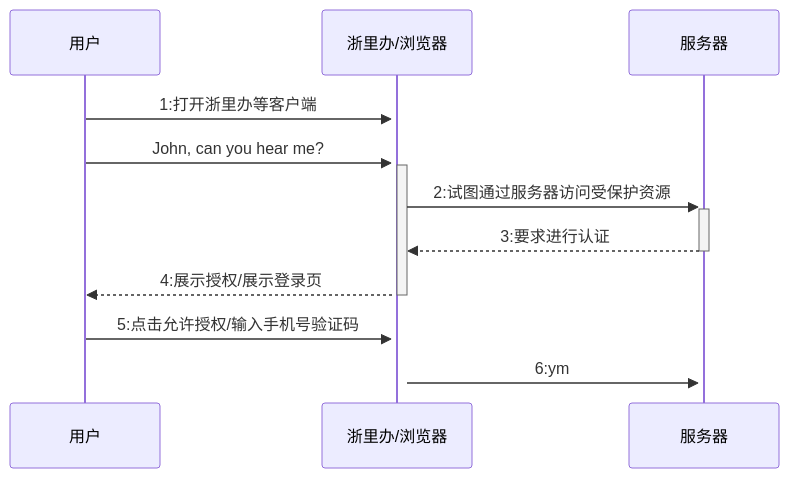
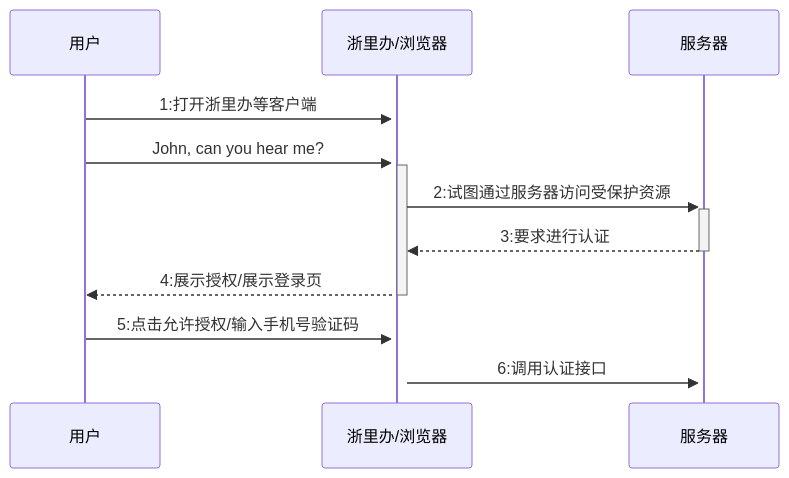
The diagram in all/居民端时序图.md (fifuntop/iodraw-files), drawn with Mermaid before and after one commit.

Commit message:
2024-03-14 15:08:13 update

````diff
--- a/all/居民端时序图.md
+++ b/all/居民端时序图.md
@@ -1,11 +1,11 @@
 ```mermaid
 sequenceDiagram
     用户->>+浙里办/浏览器: 1:打开浙里办等客户端
     用户->>+浙里办/浏览器: John, can you hear me?
     浙里办/浏览器->>+服务器: 2:试图通过服务器访问受保护资源
     服务器-->>-浙里办/浏览器: 3:要求进行认证
     浙里办/浏览器-->>-用户: 4:展示授权/展示登录页
     用户->>+浙里办/浏览器: 5:点击允许授权/输入手机号验证码
-    浙里办/浏览器->>+服务器: 6:ym
+    浙里办/浏览器->>+服务器: 6:调用认证接口
             
 ```
````
